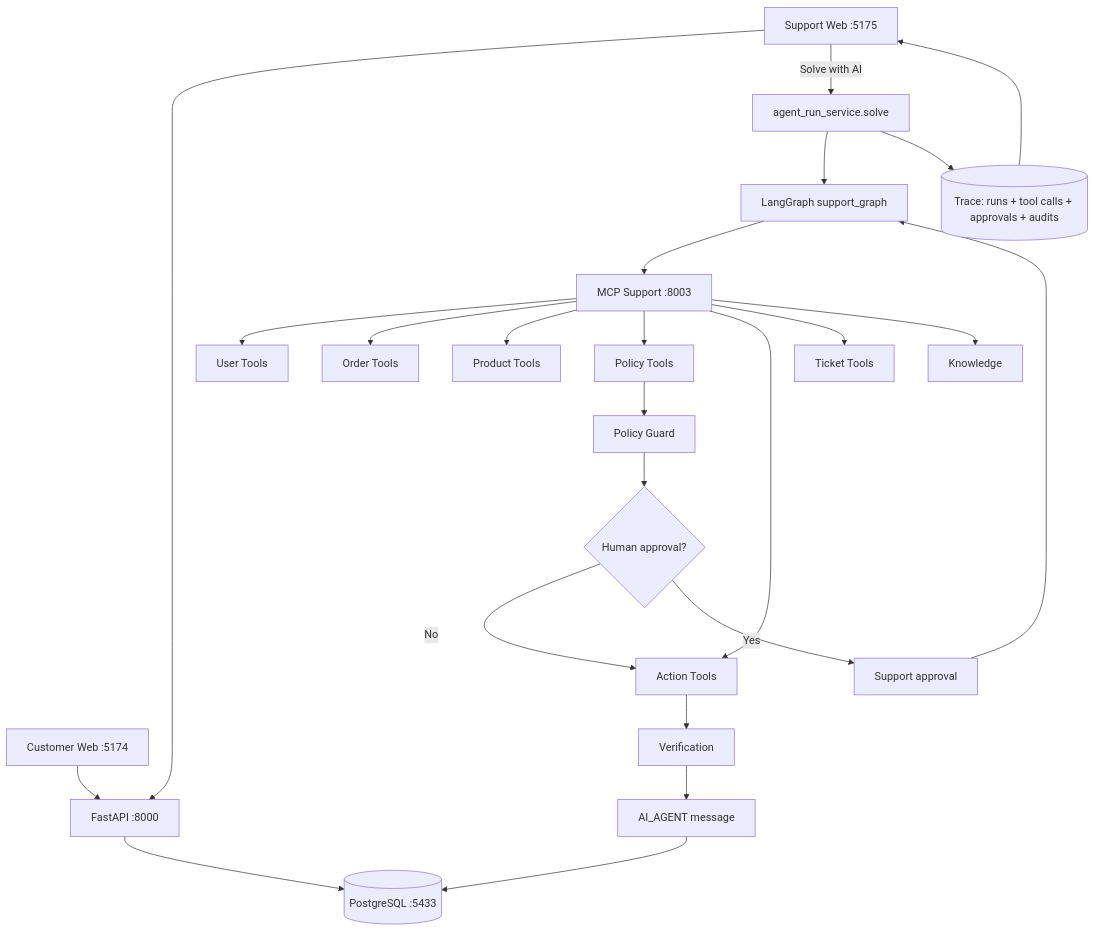
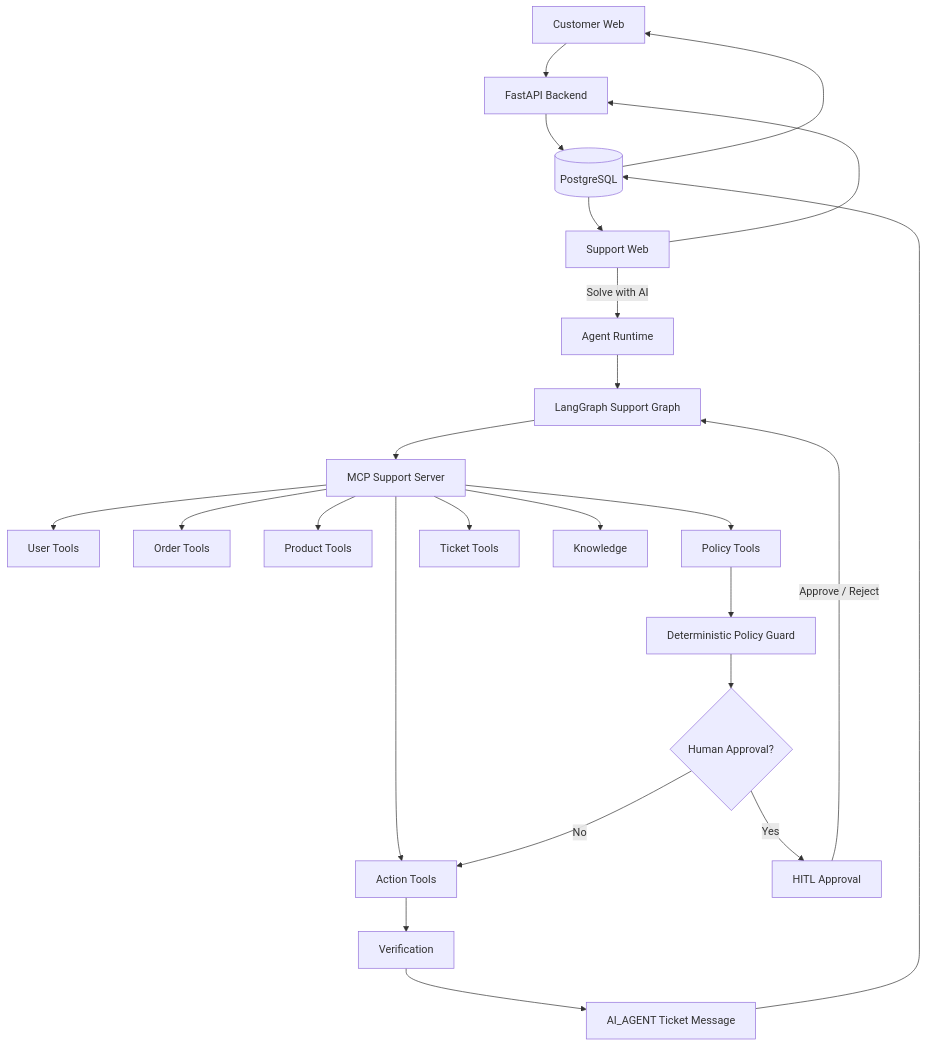
One commit to bkk07/northstar-worker changed the first of 4 diagrams in README.md. Above: the diagram before and after it, drawn with Mermaid. The commit also changed other lines of this file and 1 other file, not shown here.

First line of the commit message:
docs: fix links, images, structure and architecture doc

````diff
--- a/README.md
+++ b/README.md
@@ -48,26 +165,35 @@
 ```mermaid
 flowchart TD
-    C[Customer Web :5174] --> API[FastAPI :8000]
-    S[Support Web :5175] --> API
-    API --> DB[(PostgreSQL :5433)]
-    S -->|Solve with AI| AG[agent_run_service.solve]
-    AG --> LG[LangGraph support_graph]
-    LG --> MCP[MCP Support :8003]
+    C[Customer Web] --> API[FastAPI Backend]
+    S[Support Web] --> API
+
+    API --> DB[(PostgreSQL)]
+
+    S -->|Solve with AI| AR[Agent Runtime]
+    AR --> LG[LangGraph Support Graph]
+
+    LG --> MCP[MCP Support Server]
+
     MCP --> U[User Tools]
     MCP --> O[Order Tools]
     MCP --> P[Product Tools]
     MCP --> POL[Policy Tools]
     MCP --> A[Action Tools]
     MCP --> T[Ticket Tools]
     MCP --> K[Knowledge]
-    POL --> G[Policy Guard]
-    G --> H{Human approval?}
+
+    POL --> G[Deterministic Policy Guard]
+
+    G --> H{Human Approval?}
+
     H -->|No| A
-    H -->|Yes| HITL[Support approval]
-    HITL --> LG
+    H -->|Yes| HITL[HITL Approval]
+    HITL -->|Approve / Reject| LG
+
     A --> V[Verification]
-    V --> R[AI_AGENT message]
+    V --> R[AI_AGENT Ticket Message]
     R --> DB
-    AG --> TR[(Trace: runs + tool calls + approvals + audits)]
-    TR --> S
+
+    DB --> C
+    DB --> S
 ```
````
